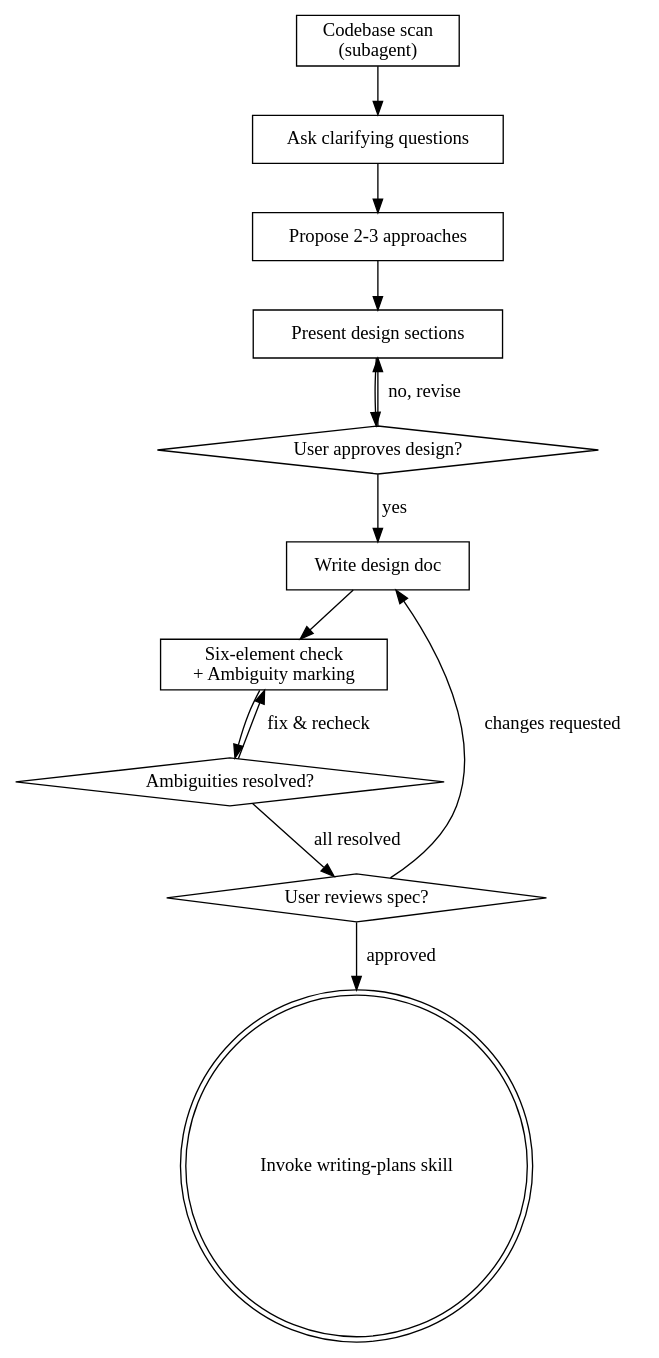
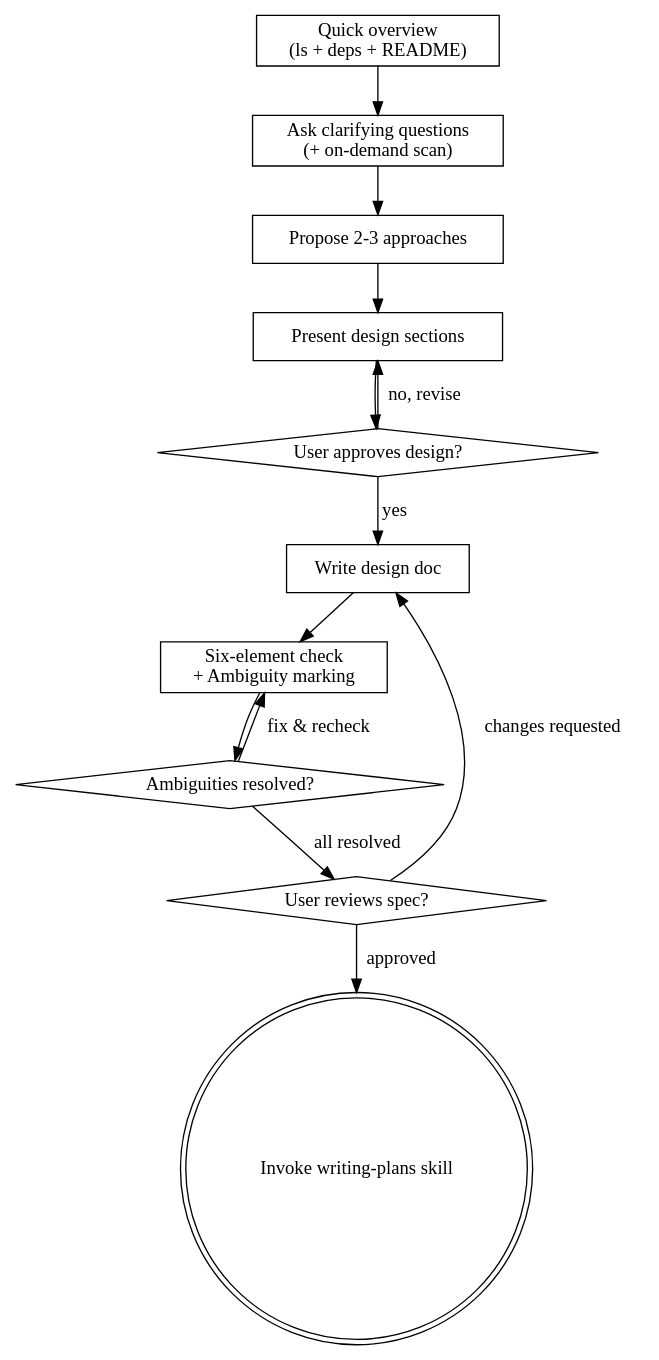
The diagram in skills/xyz-harness-brainstorming/SKILL.md (zhushanwen321/xyz-harness), drawn with Graphviz before and after one commit. The commit also changed other lines of this file and 3 other files, not shown here.

Commit message:
fix: skill-resolver fallback paths, brainstorming on-demand scan, pre-merge-check upstream detection

````diff
--- a/skills/xyz-harness-brainstorming/SKILL.md
+++ b/skills/xyz-harness-brainstorming/SKILL.md
@@ -70,27 +71,27 @@
 ```dot
 digraph brainstorming {
-    "Codebase scan\n(subagent)" [shape=box];
-    "Ask clarifying questions" [shape=box];
+    "Quick overview\n(ls + deps + README)" [shape=box];
+    "Ask clarifying questions\n(+ on-demand scan)" [shape=box];
     "Propose 2-3 approaches" [shape=box];
     "Present design sections" [shape=box];
     "User approves design?" [shape=diamond];
     "Write design doc" [shape=box];
     "Six-element check\n+ Ambiguity marking" [shape=box];
     "Ambiguities resolved?" [shape=diamond];
     "User reviews spec?" [shape=diamond];
     "Invoke writing-plans skill" [shape=doublecircle];
 
-    "Codebase scan\n(subagent)" -> "Ask clarifying questions";
-    "Ask clarifying questions" -> "Propose 2-3 approaches";
+    "Quick overview\n(ls + deps + README)" -> "Ask clarifying questions\n(+ on-demand scan)";
+    "Ask clarifying questions\n(+ on-demand scan)" -> "Propose 2-3 approaches";
     "Propose 2-3 approaches" -> "Present design sections";
     "Present design sections" -> "User approves design?";
     "User approves design?" -> "Present design sections" [label="no, revise"];
     "User approves design?" -> "Write design doc" [label="yes"];
     "Write design doc" -> "Six-element check\n+ Ambiguity marking";
     "Six-element check\n+ Ambiguity marking" -> "Ambiguities resolved?";
     "Ambiguities resolved?" -> "Six-element check\n+ Ambiguity marking" [label="fix & recheck"];
     "Ambiguities resolved?" -> "User reviews spec?" [label="all resolved"];
     "User reviews spec?" -> "Write design doc" [label="changes requested"];
     "User reviews spec?" -> "Invoke writing-plans skill" [label="approved"];
 }
 ```
````
